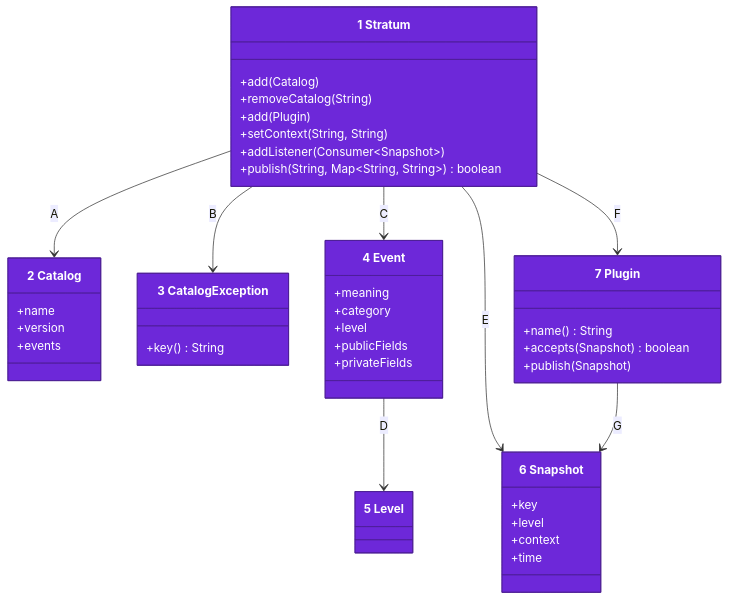
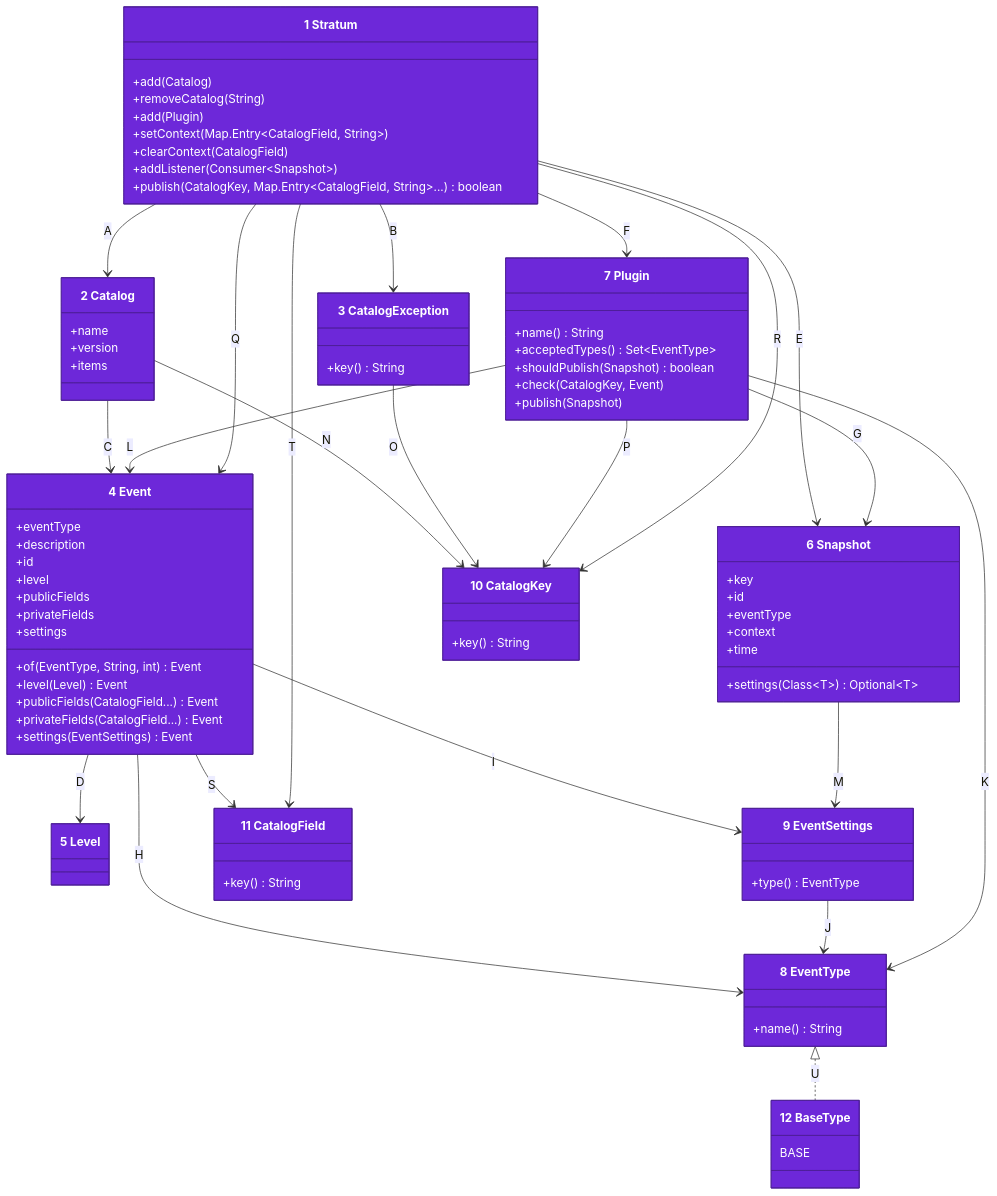
Before and after one commit to may-journal/Stratum-Observability-Java: the first of 2 diagrams in docs/architecture/04-code.md, drawn with Mermaid. The commit also changed other lines of this file and 46 other files, not shown here.

First line of the commit message:
feat(core): shape the catalog and engine like upstream and route events by type (#10)

````diff
--- a/docs/architecture/04-code.md
+++ b/docs/architecture/04-code.md
@@ -8,45 +8,86 @@
         +add(Catalog)
         +removeCatalog(String)
         +add(Plugin)
-        +setContext(String, String)
+        +setContext(Map.Entry~CatalogField, String~)
+        +clearContext(CatalogField)
         +addListener(Consumer~Snapshot~)
-        +publish(String, Map~String, String~) boolean
+        +publish(CatalogKey, Map.Entry~CatalogField, String~...) boolean
     }
     class Catalog["2 Catalog"] {
         +name
         +version
-        +events
+        +items
     }
     class CatalogException["3 CatalogException"] {
         +key() String
     }
     class Event["4 Event"] {
-        +meaning
-        +category
+        +eventType
+        +description
+        +id
         +level
         +publicFields
         +privateFields
+        +settings
+        +of(EventType, String, int) Event
+        +level(Level) Event
+        +publicFields(CatalogField...) Event
+        +privateFields(CatalogField...) Event
+        +settings(EventSettings) Event
     }
     class Level["5 Level"]
     class Snapshot["6 Snapshot"] {
         +key
-        +level
+        +id
+        +eventType
+        +settings(Class~T~) Optional~T~
         +context
         +time
     }
     class Plugin["7 Plugin"] {
         +name() String
-        +accepts(Snapshot) boolean
+        +acceptedTypes() Set~EventType~
+        +shouldPublish(Snapshot) boolean
+        +check(CatalogKey, Event)
         +publish(Snapshot)
+    }
+    class EventType["8 EventType"] {
+        +name() String
+    }
+    class EventSettings["9 EventSettings"] {
+        +type() EventType
+    }
+    class CatalogKey["10 CatalogKey"] {
+        +key() String
+    }
+    class CatalogField["11 CatalogField"] {
+        +key() String
+    }
+    class BaseType["12 BaseType"] {
+        BASE
     }
 
     Stratum --> Catalog : A
     Stratum --> CatalogException : B
-    Stratum --> Event : C
+    Catalog --> Event : C
     Event --> Level : D
     Stratum --> Snapshot : E
     Stratum --> Plugin : F
     Plugin --> Snapshot : G
+    Event --> EventType : H
+    Event --> EventSettings : I
+    EventSettings --> EventType : J
+    Plugin --> EventType : K
+    Plugin --> Event : L
+    Snapshot --> EventSettings : M
+    Catalog --> CatalogKey : N
+    CatalogException --> CatalogKey : O
+    Plugin --> CatalogKey : P
+    Stratum --> Event : Q
+    Stratum --> CatalogKey : R
+    Event --> CatalogField : S
+    Stratum --> CatalogField : T
+    EventType <|.. BaseType : U
 
     style Stratum fill:#6d28d9,stroke:#4c1d95,color:#ffffff
     style Catalog fill:#6d28d9,stroke:#4c1d95,color:#ffffff
@@ -55,4 +96,9 @@
     style Level fill:#6d28d9,stroke:#4c1d95,color:#ffffff
     style Snapshot fill:#6d28d9,stroke:#4c1d95,color:#ffffff
     style Plugin fill:#6d28d9,stroke:#4c1d95,color:#ffffff
+    style EventType fill:#6d28d9,stroke:#4c1d95,color:#ffffff
+    style EventSettings fill:#6d28d9,stroke:#4c1d95,color:#ffffff
+    style CatalogKey fill:#6d28d9,stroke:#4c1d95,color:#ffffff
+    style CatalogField fill:#6d28d9,stroke:#4c1d95,color:#ffffff
+    style BaseType fill:#6d28d9,stroke:#4c1d95,color:#ffffff
 ```
````
